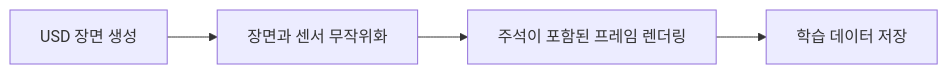
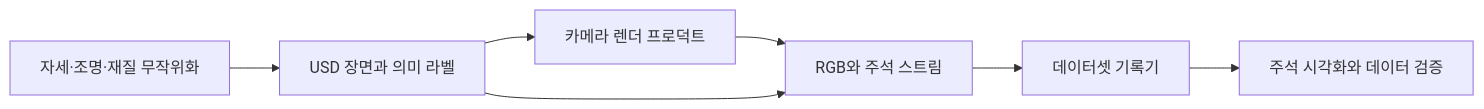
The diagram in docs/ko/replicator.md (james-joobs/awesome-nvidia-physical-ai), drawn with Mermaid before and after one commit. The commit also changed other lines of this file and 187 other files, not shown here.

Commit message:
Expand bilingual guides with official architecture references

````diff
--- a/docs/ko/replicator.md
+++ b/docs/ko/replicator.md
@@ -11,7 +18,15 @@
 ```mermaid
 flowchart LR
-    n0["USD 장면 생성"] --> n1
-    n1["장면과 센서 무작위화"] --> n2
-    n2["주석이 포함된 프레임 렌더링"] --> n3
-    n3["학습 데이터 저장"]
+    stage["USD 장면과 의미 라벨"]
+    rand["자세·조명·재질 무작위화"]
+    render["카메라 렌더 프로덕트"]
+    anno["RGB와 주석 스트림"]
+    writer["데이터셋 기록기"]
+    qa["주석 시각화와 데이터 검증"]
+    rand --> stage
+    stage --> render
+    render --> anno
+    stage --> anno
+    anno --> writer
+    writer --> qa
 ```
````
